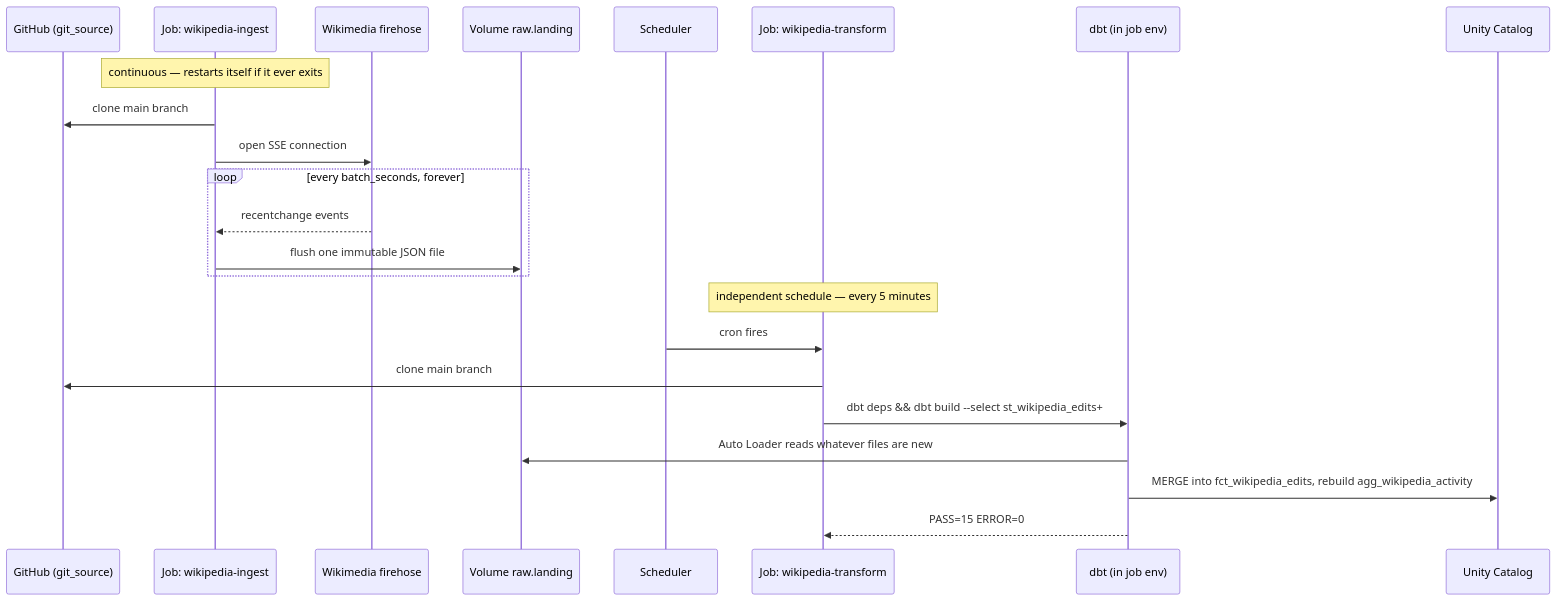
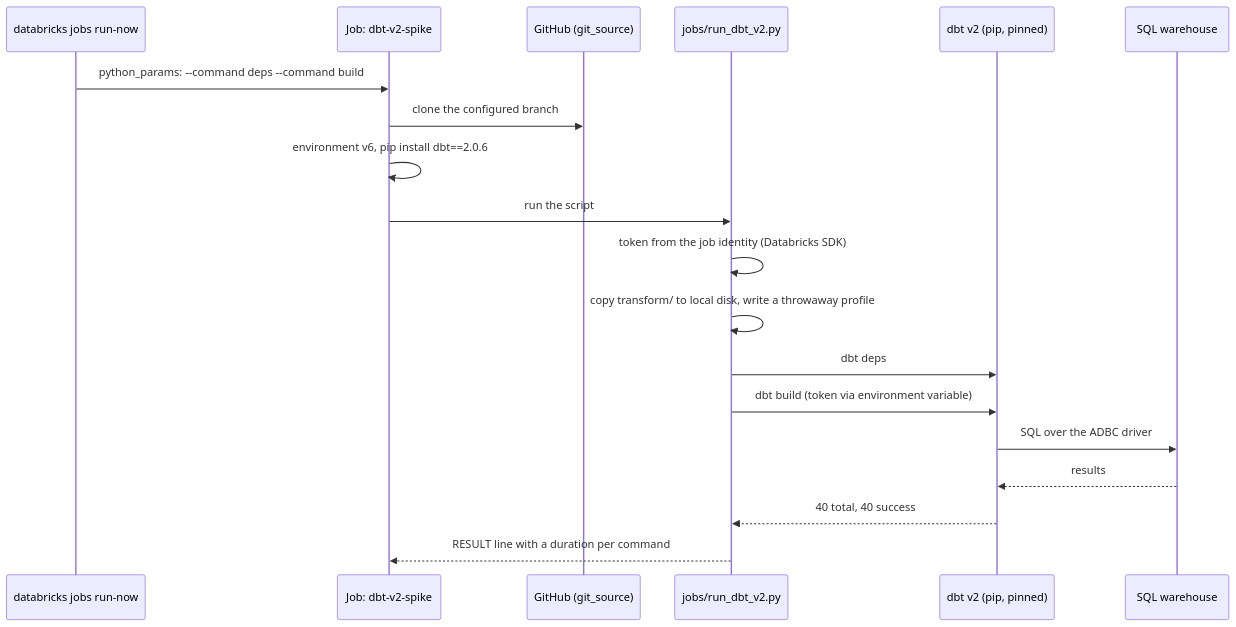
One commit to marllonDev/lakehouse-iac changed the third of 3 diagrams in ARCHITECTURE.md. Above: the diagram before and after it, drawn with Mermaid. The commit also changed other lines of this file and 3 other files, not shown here.

First line of the commit message:
docs: describe the batch-only project and the dbt v2 spike

````diff
--- a/ARCHITECTURE.md
+++ b/ARCHITECTURE.md
@@ -189,27 +163,22 @@
 ```mermaid
 sequenceDiagram
+    participant C as databricks jobs run-now
+    participant J as Job: dbt-v2-spike
     participant G as GitHub (git_source)
-    participant I as Job: wikipedia-ingest
-    participant W as Wikimedia firehose
-    participant V as Volume raw.landing
-    participant S as Scheduler
-    participant T as Job: wikipedia-transform
-    participant D as dbt (in job env)
-    participant U as Unity Catalog
+    participant R as jobs/run_dbt_v2.py
+    participant D as dbt v2 (pip, pinned)
+    participant W as SQL warehouse
 
-    Note over I: continuous — restarts itself if it ever exits
-    I->>G: clone main branch
-    I->>W: open SSE connection
-    loop every batch_seconds, forever
-        W-->>I: recentchange events
-        I->>V: flush one immutable JSON file
-    end
-
-    Note over T: independent schedule — every 5 minutes
-    S->>T: cron fires
-    T->>G: clone main branch
-    T->>D: dbt deps && dbt build --select st_wikipedia_edits+
-    D->>V: Auto Loader reads whatever files are new
-    D->>U: MERGE into fct_wikipedia_edits, rebuild agg_wikipedia_activity
-    D-->>T: PASS=15 ERROR=0
+    C->>J: python_params: --command deps --command build
+    J->>G: clone the configured branch
+    J->>J: environment v6, pip install dbt==2.0.6
+    J->>R: run the script
+    R->>R: token from the job identity (Databricks SDK)
+    R->>R: copy transform/ to local disk, write a throwaway profile
+    R->>D: dbt deps
+    R->>D: dbt build (token via environment variable)
+    D->>W: SQL over the ADBC driver
+    W-->>D: results
+    D-->>R: 40 total, 40 success
+    R-->>J: RESULT line with a duration per command
 ```
````
